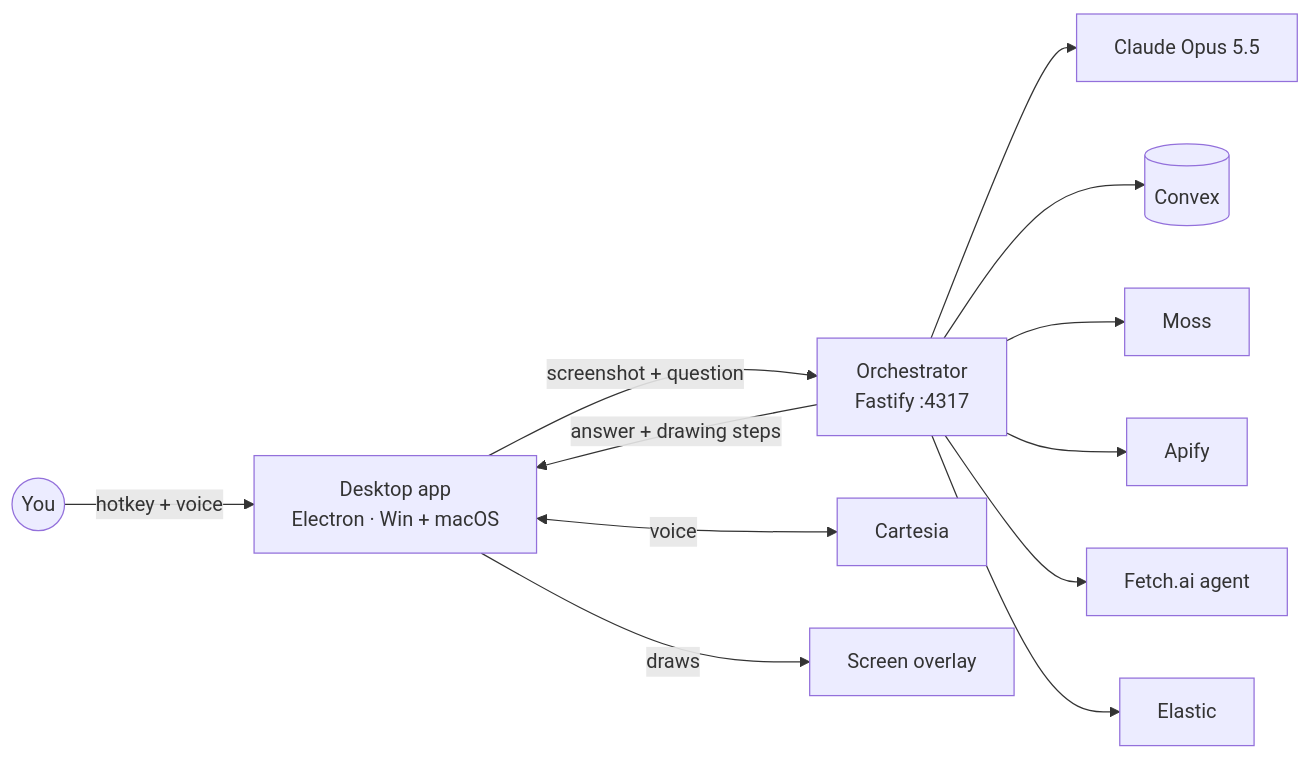
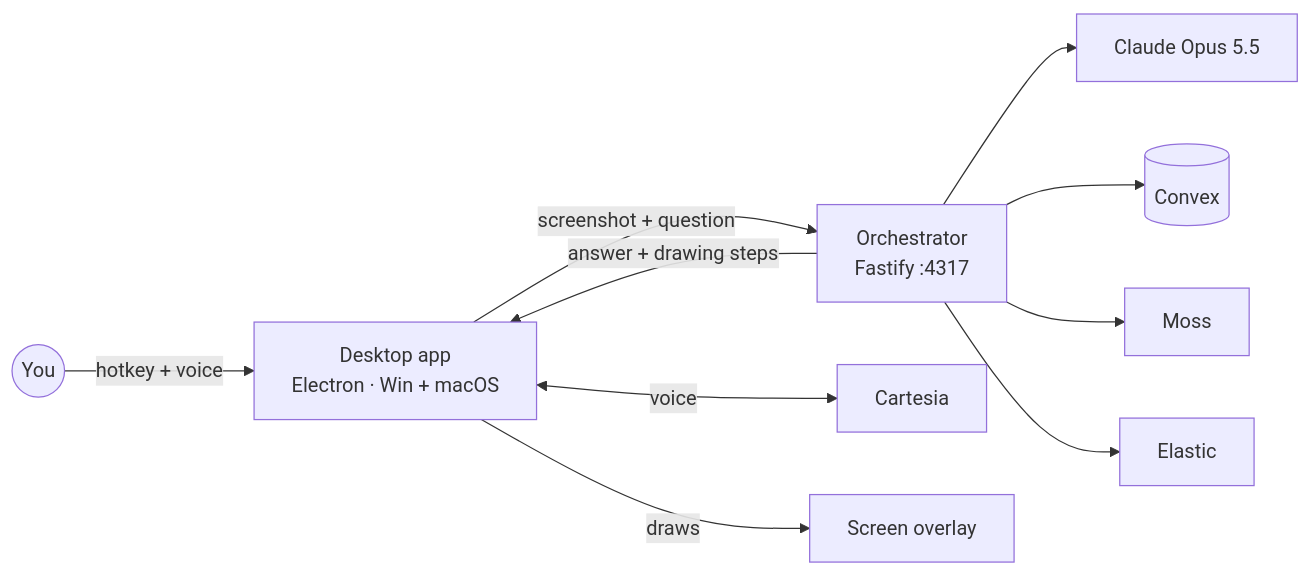
One commit to jay-1806/CalHacks13.0 changed the diagram in README.md. Above: the diagram before and after it, drawn with Mermaid. The commit also changed other lines of this file and 80 other files, not shown here.

````diff
--- a/README.md
+++ b/README.md
@@ -36,14 +37,12 @@
 ```mermaid
 graph LR
     You((You)) -->|hotkey + voice| Desktop["Desktop app<br/>Electron · Win + macOS"]
     Desktop -->|screenshot + question| Orch["Orchestrator<br/>Fastify :4317"]
     Orch --> Claude["Claude Opus 5.5"]
     Orch --> Convex[(Convex)]
     Orch --> Moss[Moss]
-    Orch --> Apify[Apify]
-    Orch --> Agent["Fetch.ai agent"]
     Orch --> Elastic[Elastic]
     Desktop <-->|voice| Cartesia[Cartesia]
     Orch -->|answer + drawing steps| Desktop
     Desktop -->|draws| Overlay["Screen overlay"]
 ```
````
